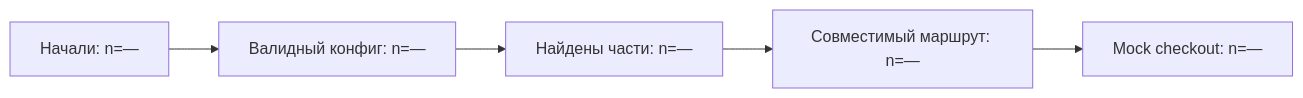
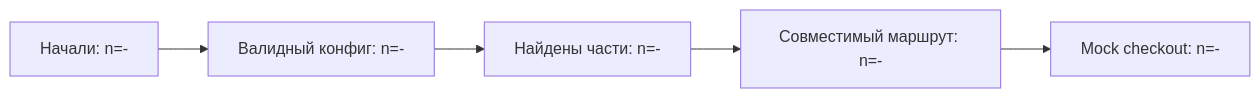
One commit to vasslin/ostrovok-hackaton changed the diagram in docs/REPORT_TEMPLATE.ru.md. Above: the diagram before and after it, drawn with Mermaid. The commit also changed other lines of this file and 133 other files, not shown here.

````diff
--- a/docs/REPORT_TEMPLATE.ru.md
+++ b/docs/REPORT_TEMPLATE.ru.md
@@ -151,7 +151,7 @@
 ```mermaid
 flowchart LR
-    A["Начали: n=—"] --> B["Валидный конфиг: n=—"]
-    B --> C["Найдены части: n=—"]
-    C --> D["Совместимый маршрут: n=—"]
-    D --> E["Mock checkout: n=—"]
+    A["Начали: n=-"] --> B["Валидный конфиг: n=-"]
+    B --> C["Найдены части: n=-"]
+    C --> D["Совместимый маршрут: n=-"]
+    D --> E["Mock checkout: n=-"]
 ```
````
